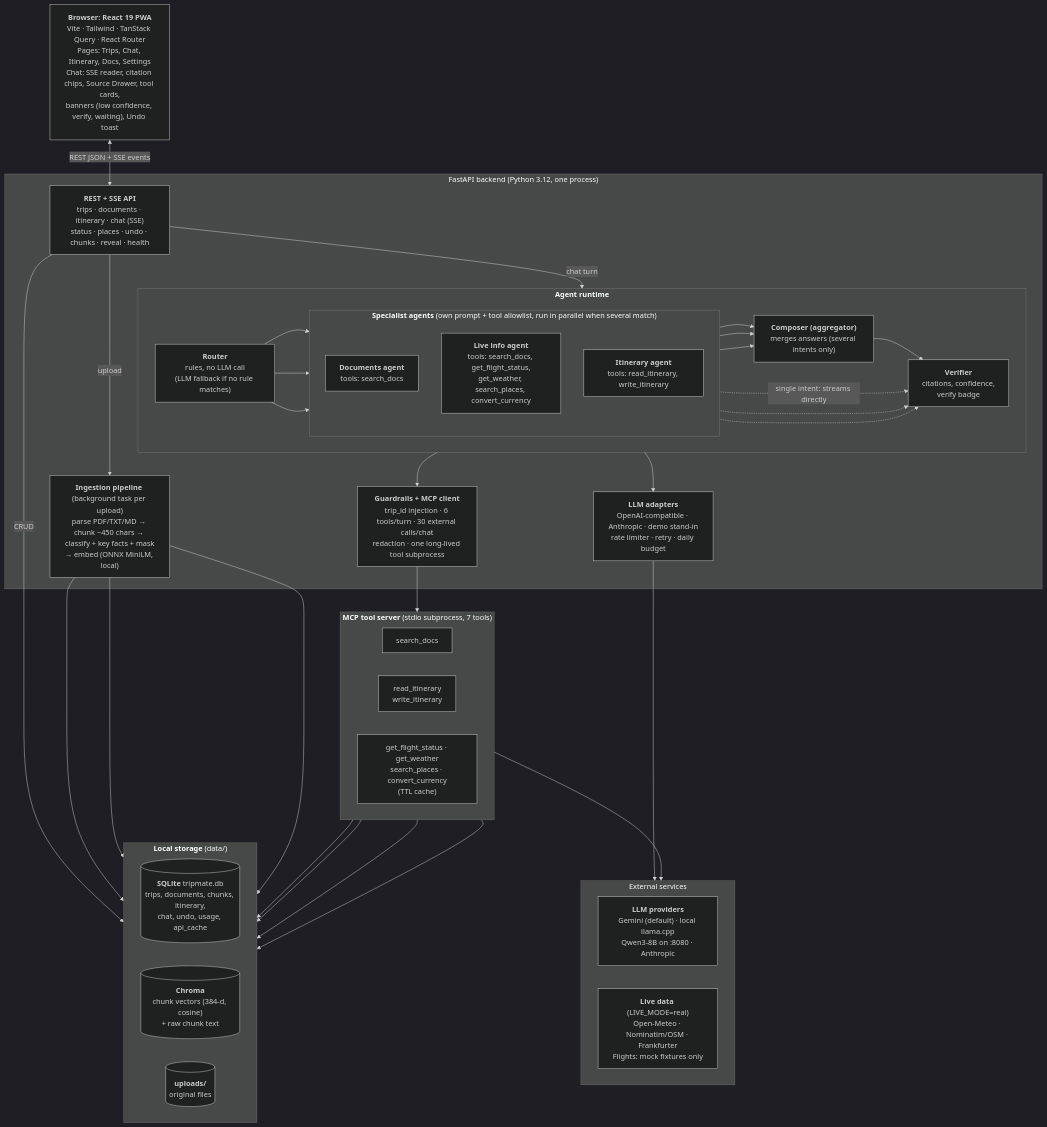
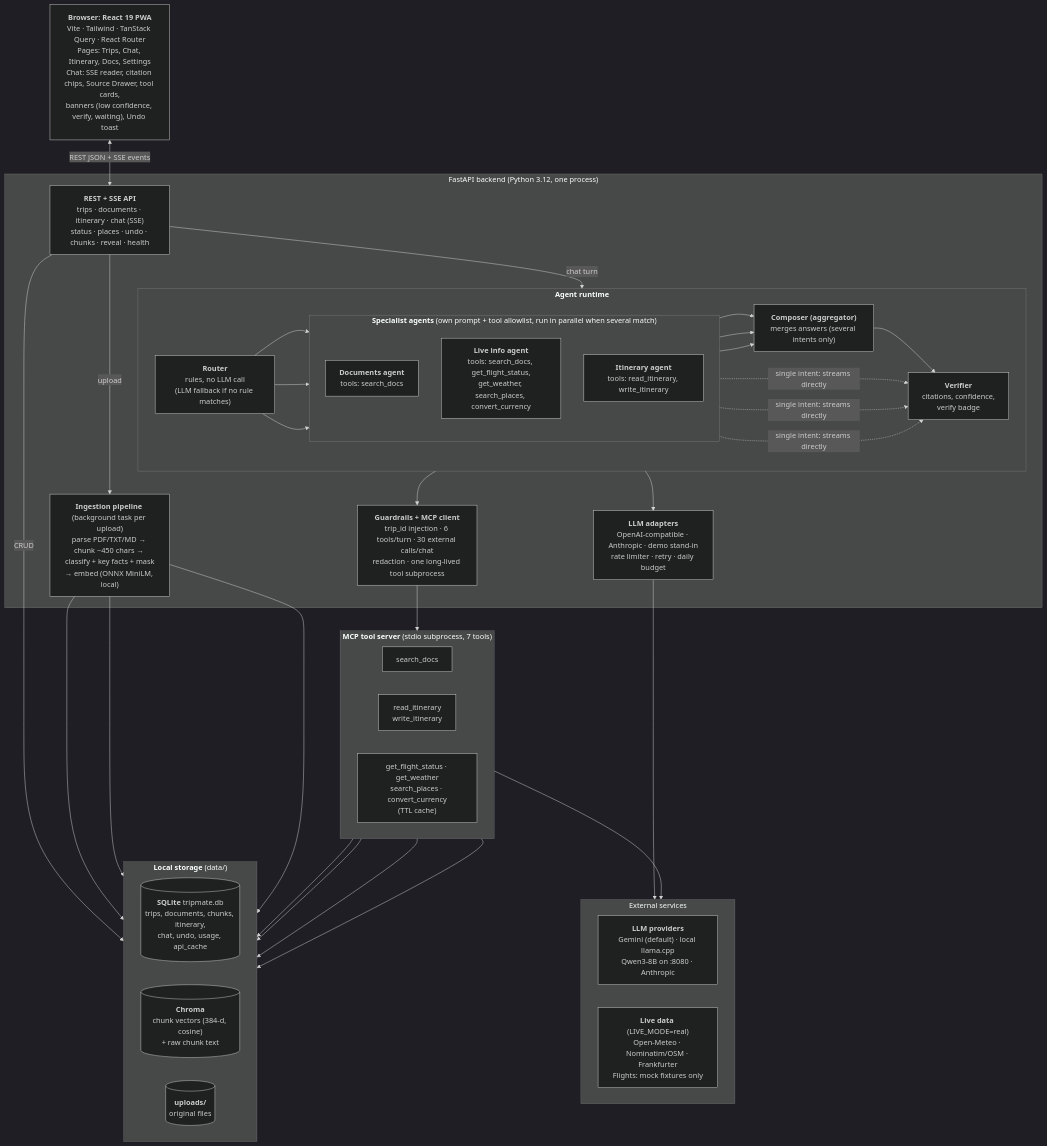
Before and after one commit to nitbaby/trip-mate: the first of 3 diagrams in docs/ARCHITECTURE.md, drawn with Mermaid (dark theme). The commit also changed other lines of this file, not shown here.

Commit message:
Merge specialist dotted edges in architecture diagram
Single edge with one label for all three agents so GitHub renders the
dotted line for each; add a note explaining solid vs dotted arrows.

````diff
--- a/docs/ARCHITECTURE.md
+++ b/docs/ARCHITECTURE.md
@@ -8,63 +8,61 @@
 ```mermaid
 flowchart TB
   Client["<b>Browser: React 19 PWA</b><br/>Vite · Tailwind · TanStack Query · React Router<br/>Pages: Trips, Chat, Itinerary, Docs, Settings<br/>Chat: SSE reader, citation chips, Source Drawer, tool cards,<br/>banners (low confidence, verify, waiting), Undo toast"]
 
   subgraph Backend["FastAPI backend (Python 3.12, one process)"]
     REST["<b>REST + SSE API</b><br/>trips · documents · itinerary · chat (SSE)<br/>status · places · undo · chunks · reveal · health"]
     Ingest["<b>Ingestion pipeline</b> (background task per upload)<br/>parse PDF/TXT/MD → chunk ~450 chars → classify + key facts + mask<br/>→ embed (ONNX MiniLM, local)"]
     subgraph Runtime["<b>Agent runtime</b>"]
       direction LR
       Router["<b>Router</b><br/>rules, no LLM call<br/>(LLM fallback if no rule matches)"]
       subgraph Spec["<b>Specialist agents</b> (own prompt + tool allowlist, run in parallel when several match)"]
         direction TB
         SD["<b>Documents agent</b><br/>tools: search_docs"]
         SL["<b>Live info agent</b><br/>tools: search_docs, get_flight_status,<br/>get_weather, search_places, convert_currency"]
         SI["<b>Itinerary agent</b><br/>tools: read_itinerary, write_itinerary"]
       end
       Agg["<b>Composer (aggregator)</b><br/>merges answers (several intents only)"]
       Ver["<b>Verifier</b><br/>citations, confidence,<br/>verify badge"]
       Router --> SD & SL & SI
       SD & SL & SI --> Agg --> Ver
-      SD -.->|"single intent: streams directly"| Ver
-      SL -.-> Ver
-      SI -.-> Ver
+      SD & SL & SI -.->|"single intent: streams directly"| Ver
     end
     Guard["<b>Guardrails + MCP client</b><br/>trip_id injection · 6 tools/turn · 30 external calls/chat<br/>redaction · one long-lived tool subprocess"]
     LLMA["<b>LLM adapters</b><br/>OpenAI-compatible · Anthropic · demo stand-in<br/>rate limiter · retry · daily budget"]
   end
 
   subgraph MCP["<b>MCP tool server</b> (stdio subprocess, 7 tools)"]
     direction LR
     T1["search_docs"]
     T2["read_itinerary<br/>write_itinerary"]
     T3["get_flight_status · get_weather<br/>search_places · convert_currency<br/>(TTL cache)"]
   end
 
   subgraph Storage["<b>Local storage</b> (data/)"]
     direction LR
     SQL[("<b>SQLite</b> tripmate.db<br/>trips, documents, chunks, itinerary,<br/>chat, undo, usage, api_cache")]
     CH[("<b>Chroma</b><br/>chunk vectors (384-d, cosine)<br/>+ raw chunk text")]
     UP[("<b>uploads/</b><br/>original files")]
   end
 
   subgraph Ext["External services"]
     direction LR
     LLMS["<b>LLM providers</b><br/>Gemini (default) · local llama.cpp<br/>Qwen3-8B on :8080 · Anthropic"]
     LIVE["<b>Live data</b> (LIVE_MODE=real)<br/>Open-Meteo · Nominatim/OSM · Frankfurter<br/>Flights: mock fixtures only"]
   end
 
   Client <-->|"REST JSON + SSE events"| REST
   REST -->|"upload"| Ingest
   REST -->|"chat turn"| Runtime
   REST -->|"CRUD"| SQL
   Ingest --> SQL
   Ingest --> CH
   Ingest --> UP
   Runtime --> LLMA --> LLMS
   Runtime --> Guard --> MCP
   T1 --> CH
   T1 --> SQL
   T2 --> SQL
   T3 --> SQL
   T3 --> LIVE
 ```
````
